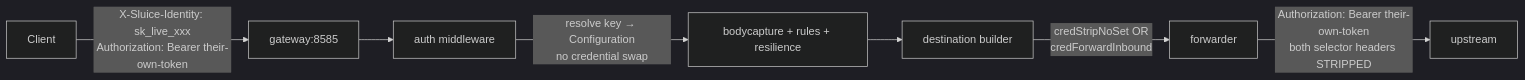
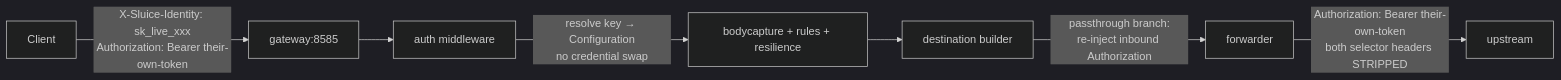
One commit to andyjmorgan/slipspace-gateway changed the third of 3 diagrams in docs/auth.md. Above: the diagram before and after it, drawn with Mermaid (dark theme). The commit also changed other lines of this file and 27 other files, not shown here.

````diff
--- a/docs/auth.md
+++ b/docs/auth.md
@@ -141,9 +141,9 @@
 ```mermaid
 flowchart LR
     A[Client] -- X-Sluice-Identity: sk_live_xxx<br/>Authorization: Bearer their-own-token --> B[gateway:8585]
     B --> C[auth middleware]
     C -- resolve key → Configuration<br/>no credential swap --> D[bodycapture + rules + resilience]
     D --> E[destination builder]
-    E -- credStripNoSet OR<br/>credForwardInbound --> F[forwarder]
+    E -- passthrough branch:<br/>re-inject inbound Authorization --> F[forwarder]
     F -- Authorization: Bearer their-own-token<br/>both selector headers STRIPPED --> G[upstream]
 ```
````
